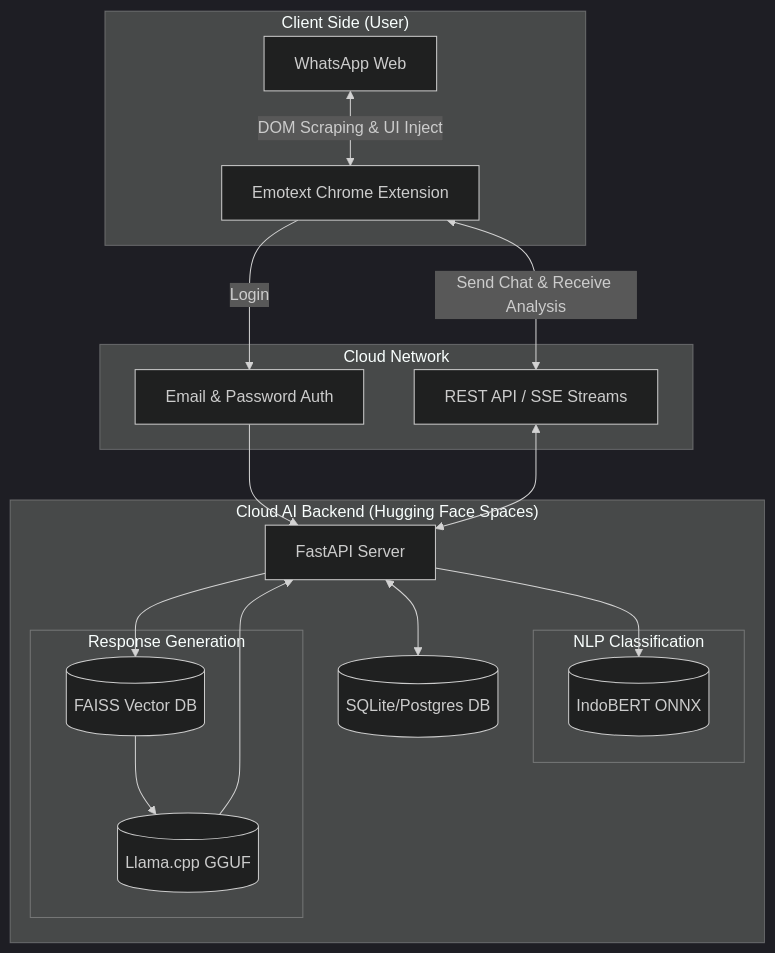
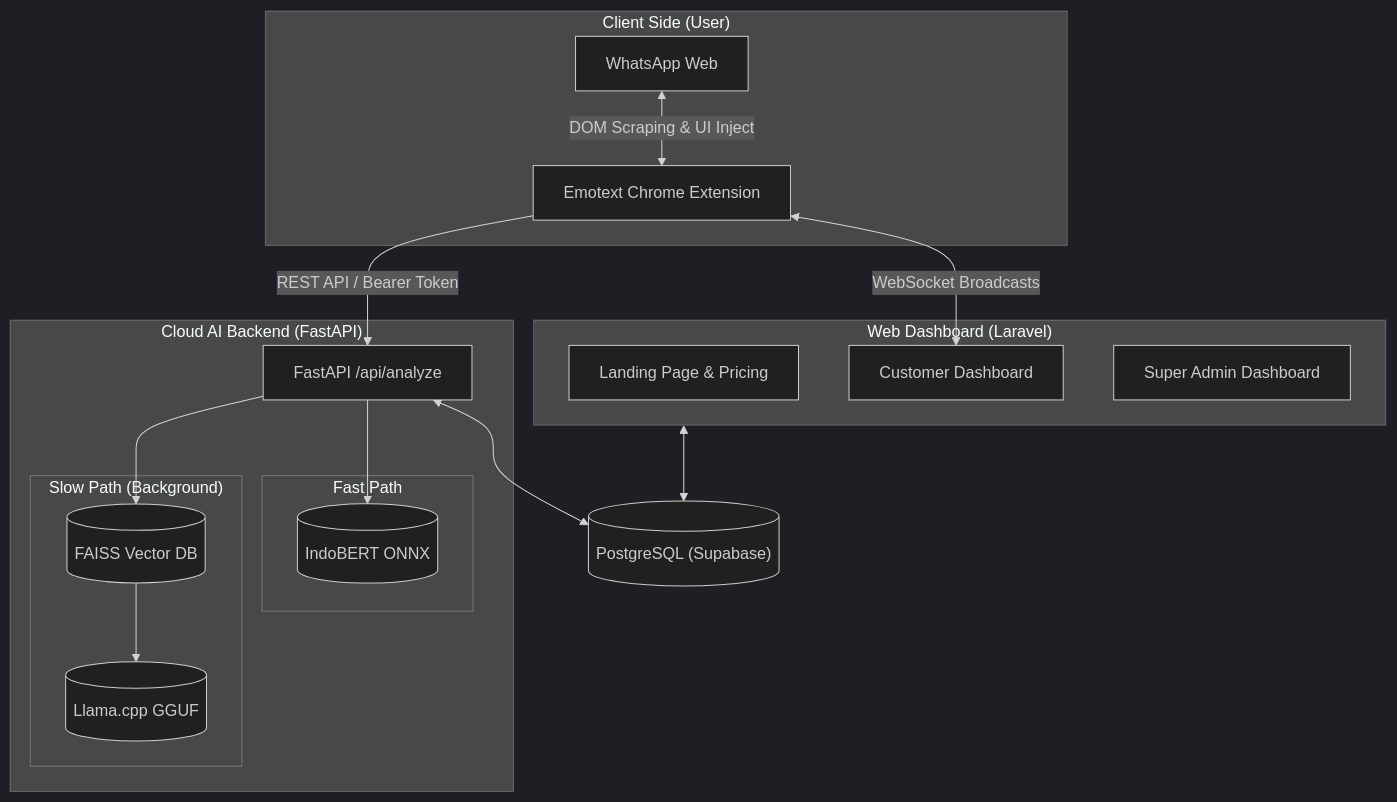
The first of 2 diagrams in README.md (Fawwzrf/emotext-crm), drawn with Mermaid (dark theme) before and after one commit. The commit also changed other lines of this file and 20 other files, not shown here.

````diff
--- a/README.md
+++ b/README.md
@@ -29,38 +31,38 @@
 ```mermaid
 graph TD
     subgraph Client ["Client Side (User)"]
         WA["WhatsApp Web"]
         Ext["Emotext Chrome Extension"]
         WA <-->|"DOM Scraping & UI Inject"| Ext
     end
 
-    subgraph Internet ["Cloud Network"]
-        Auth["Email & Password Auth"]
-        API["REST API / SSE Streams"]
+    subgraph Portal ["Web Dashboard (Laravel)"]
+        LP["Landing Page & Pricing"]
+        CustDB["Customer Dashboard"]
+        AdminDB["Super Admin Dashboard"]
     end
 
-    subgraph Server ["Cloud AI Backend (Hugging Face Spaces)"]
-        FastAPI["FastAPI Server"]
+    subgraph Server ["Cloud AI Backend (FastAPI)"]
+        API["FastAPI /api/analyze"]
         
-        subgraph NLP ["NLP Classification"]
+        subgraph NLP ["Fast Path"]
             IndoBERT[("IndoBERT ONNX")]
         end
         
-        subgraph RAG ["Response Generation"]
+        subgraph RAG ["Slow Path (Background)"]
             FAISS[("FAISS Vector DB")]
             Llama[("Llama.cpp GGUF")]
         end
         
-        DB[("SQLite/Postgres DB")]
     end
 
-    Ext -->|"Login"| Auth
-    Auth --> FastAPI
-    Ext <-->|"Send Chat & Receive Analysis"| API
-    API <--> FastAPI
-    FastAPI --> IndoBERT
-    FastAPI --> FAISS
+    DB[("PostgreSQL (Supabase)")]
+
+    Ext -->|"REST API / Bearer Token"| API
+    Ext <-->|"WebSocket Broadcasts"| CustDB
+    API --> IndoBERT
+    API --> FAISS
     FAISS --> Llama
-    Llama --> FastAPI
-    FastAPI <--> DB
+    API <--> DB
+    Portal <--> DB
 ```
````
